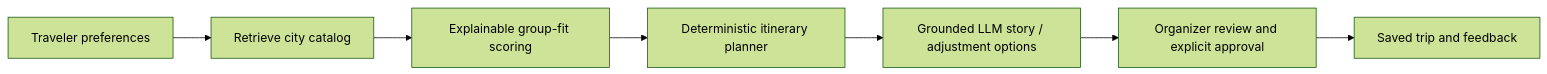
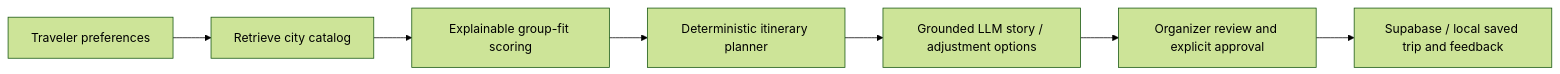
Before and after one commit to coco-siyu/TripSync: the diagram in README.md, drawn with Mermaid (forest theme). The commit also changed other lines of this file and 5 other files, not shown here.

````diff
--- a/README.md
+++ b/README.md
@@ -33,9 +35,9 @@
 ```mermaid
 flowchart LR
     A["Traveler preferences"] --> B["Retrieve city catalog"]
     B --> C["Explainable group-fit scoring"]
     C --> D["Deterministic itinerary planner"]
     D --> E["Grounded LLM story / adjustment options"]
     E --> F["Organizer review and explicit approval"]
-    F --> G["Saved trip and feedback"]
+    F --> G["Supabase / local saved trip and feedback"]
 ```
````
